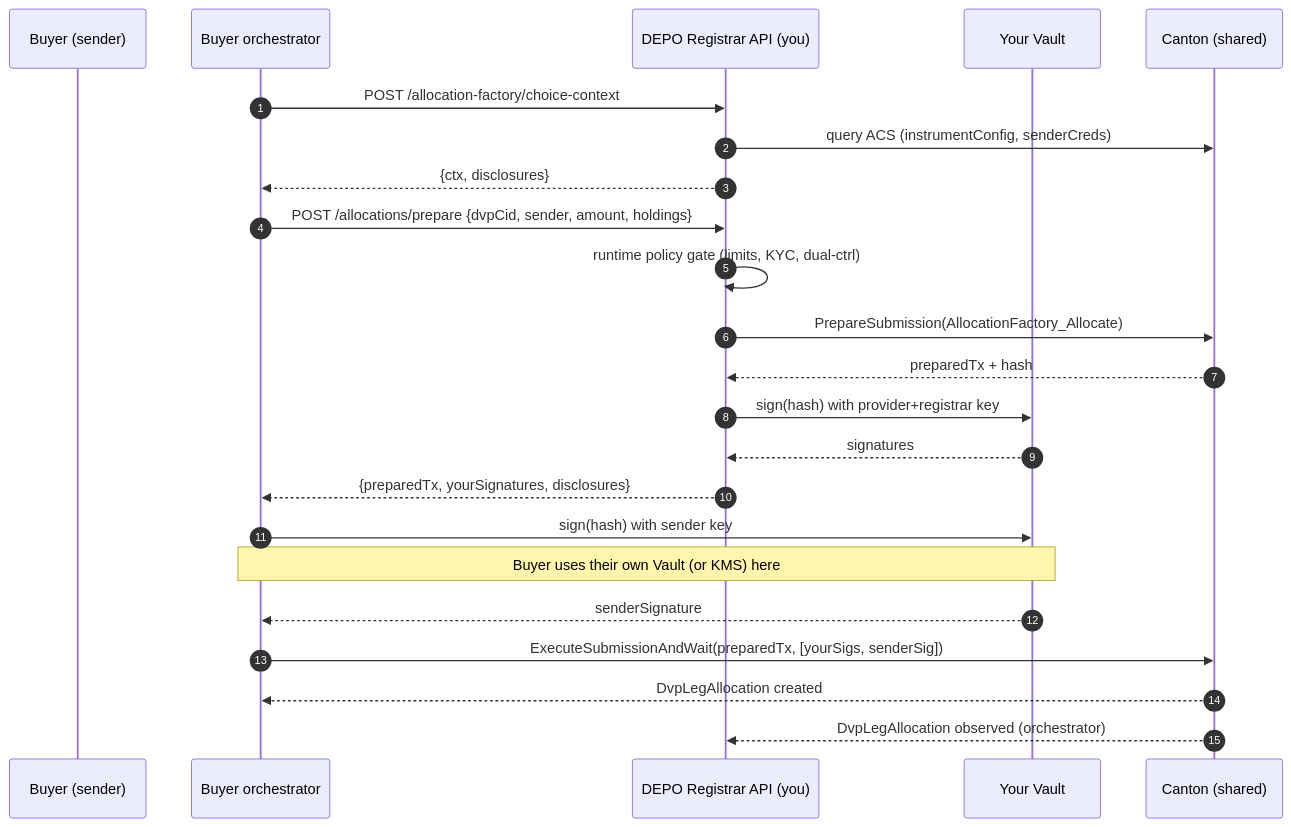
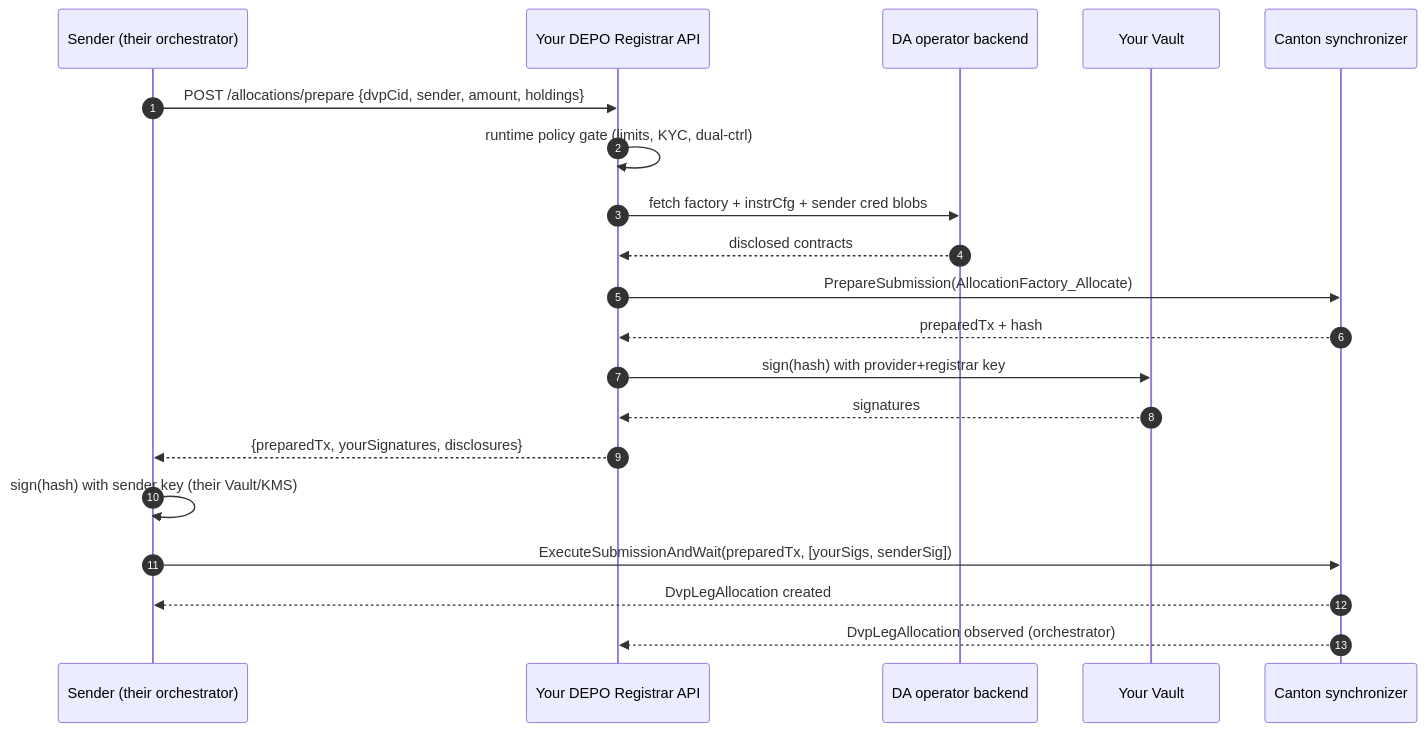
Before and after one commit to sickle5stone/canton: the sixth of 7 diagrams in DEPO_dvp_design.md, drawn with Mermaid. The commit also changed other lines of this file, not shown here.

First line of the commit message:
docs: rewrite DEPO DvP design against Daml source

````diff
--- a/DEPO_dvp_design.md
+++ b/DEPO_dvp_design.md
@@ -644,29 +823,24 @@
 ```mermaid
 sequenceDiagram
     autonumber
-    participant B as Buyer (sender)
-    participant BO as Buyer orchestrator
-    participant YA as DEPO Registrar API (you)
+    participant B as Sender (their orchestrator)
+    participant YA as Your DEPO Registrar API
+    participant DAB as DA operator backend
     participant VLT as Your Vault
-    participant NODE as Canton (shared)
+    participant NODE as Canton synchronizer
 
-    BO->>YA: POST /allocation-factory/choice-context
-    YA->>NODE: query ACS (instrumentConfig, senderCreds)
-    YA-->>BO: {ctx, disclosures}
-
-    BO->>YA: POST /allocations/prepare {dvpCid, sender, amount, holdings}
+    B->>YA: POST /allocations/prepare {dvpCid, sender, amount, holdings}
     YA->>YA: runtime policy gate (limits, KYC, dual-ctrl)
+    YA->>DAB: fetch factory + instrCfg + sender cred blobs
+    DAB-->>YA: disclosed contracts
     YA->>NODE: PrepareSubmission(AllocationFactory_Allocate)
     NODE-->>YA: preparedTx + hash
     YA->>VLT: sign(hash) with provider+registrar key
     VLT-->>YA: signatures
-    YA-->>BO: {preparedTx, yourSignatures, disclosures}
+    YA-->>B: {preparedTx, yourSignatures, disclosures}
 
-    BO->>VLT: sign(hash) with sender key
-    Note over BO,VLT: Buyer uses their own Vault (or KMS) here
-    VLT-->>BO: senderSignature
-
-    BO->>NODE: ExecuteSubmissionAndWait(preparedTx, [yourSigs, senderSig])
-    NODE-->>BO: DvpLegAllocation created
+    B->>B: sign(hash) with sender key (their Vault/KMS)
+    B->>NODE: ExecuteSubmissionAndWait(preparedTx, [yourSigs, senderSig])
+    NODE-->>B: DvpLegAllocation created
     NODE-->>YA: DvpLegAllocation observed (orchestrator)
 ```
````
